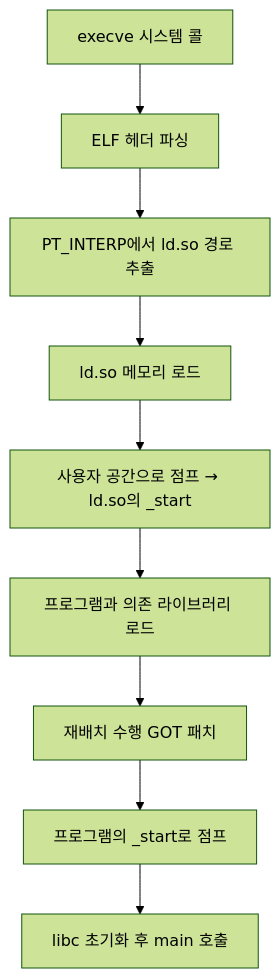
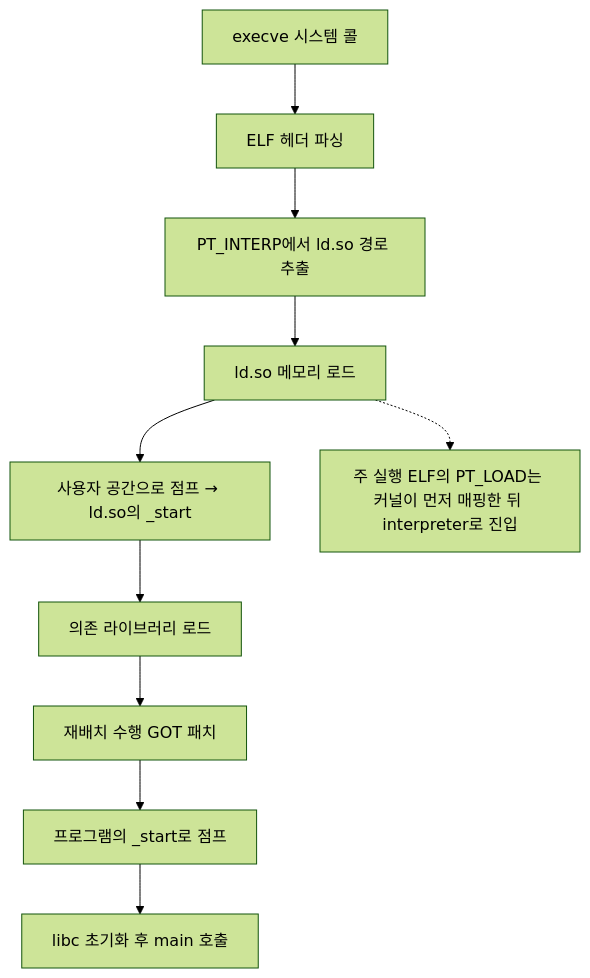
The second of 2 diagrams in system/part11_dynamic_linking.md (Rein-ArXiv/game-dev-curriculum), drawn with Mermaid (forest theme) before and after one commit. The commit also changed other lines of this file and 279 other files, not shown here.

````diff
--- a/system/part11_dynamic_linking.md
+++ b/system/part11_dynamic_linking.md
@@ -388,11 +388,12 @@
 ```mermaid
 flowchart TB
     K1[execve 시스템 콜] --> K2[ELF 헤더 파싱]
     K2 --> K3[PT_INTERP에서 ld.so 경로 추출]
     K3 --> K4[ld.so 메모리 로드]
     K4 --> K5[사용자 공간으로 점프 → ld.so의 _start]
-    K5 --> L1[프로그램과 의존 라이브러리 로드]
+    K4 -.-> N[주 실행 ELF의 PT_LOAD는 커널이 먼저 매핑한 뒤 interpreter로 진입]
+    K5 --> L1[의존 라이브러리 로드]
     L1 --> L2[재배치 수행 GOT 패치]
     L2 --> L3[프로그램의 _start로 점프]
     L3 --> L4[libc 초기화 후 main 호출]
 ```
````
